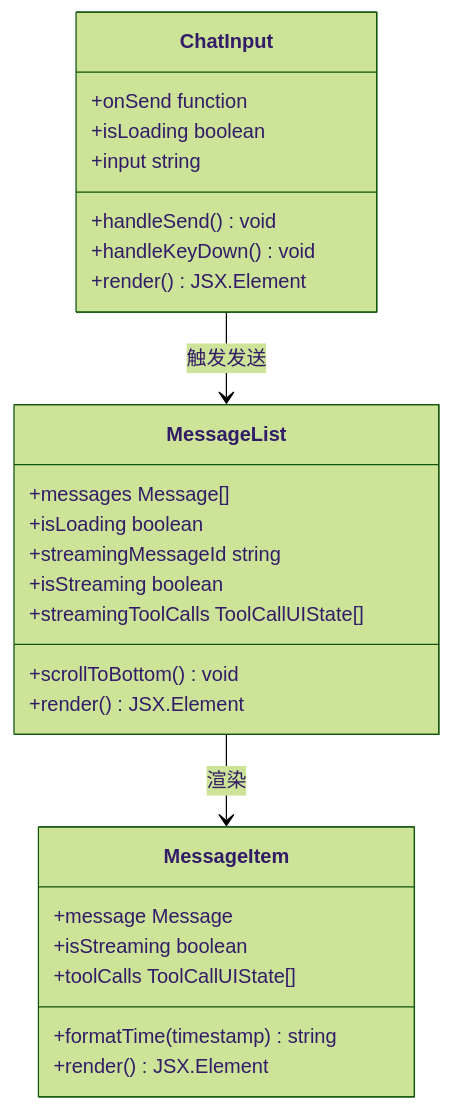
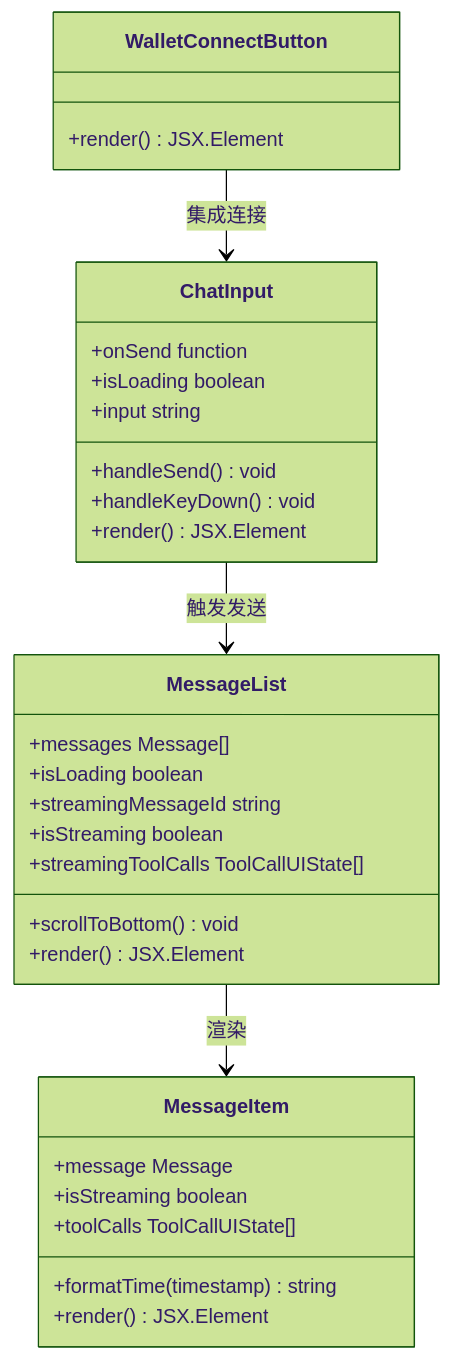
Before and after one commit to CryptoLinxu/Web3-AI-Agent: the sixth of 27 diagrams in .qoder/repowiki/zh/content/核心技能详解/SSE流式聊天系统.md, drawn with Mermaid (forest theme). The commit also changed other lines of this file and 11 other files, not shown here.

````diff
--- a/.qoder/repowiki/zh/content/核心技能详解/SSE流式聊天系统.md
+++ b/.qoder/repowiki/zh/content/核心技能详解/SSE流式聊天系统.md
@@ -333,29 +377,33 @@
 ```mermaid
 classDiagram
 class MessageItem {
 +message Message
 +isStreaming boolean
 +toolCalls ToolCallUIState[]
 +formatTime(timestamp) string
 +render() JSX.Element
 }
 class MessageList {
 +messages Message[]
 +isLoading boolean
 +streamingMessageId string
 +isStreaming boolean
 +streamingToolCalls ToolCallUIState[]
 +scrollToBottom() void
 +render() JSX.Element
 }
 class ChatInput {
 +onSend function
 +isLoading boolean
 +input string
 +handleSend() void
 +handleKeyDown() void
 +render() JSX.Element
 }
+class WalletConnectButton {
++render() JSX.Element
+}
 MessageList --> MessageItem : 渲染
 ChatInput --> MessageList : 触发发送
+WalletConnectButton --> ChatInput : 集成连接
 ```
````
